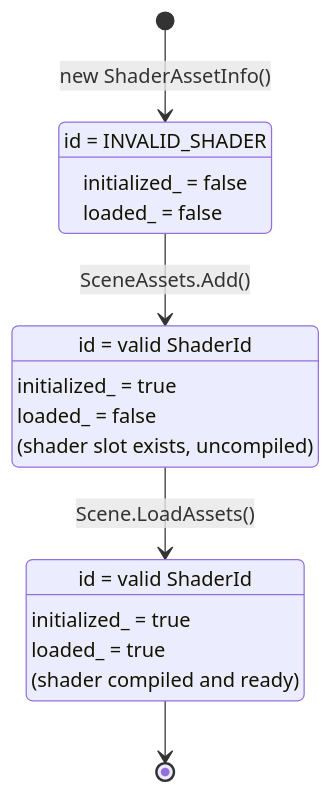
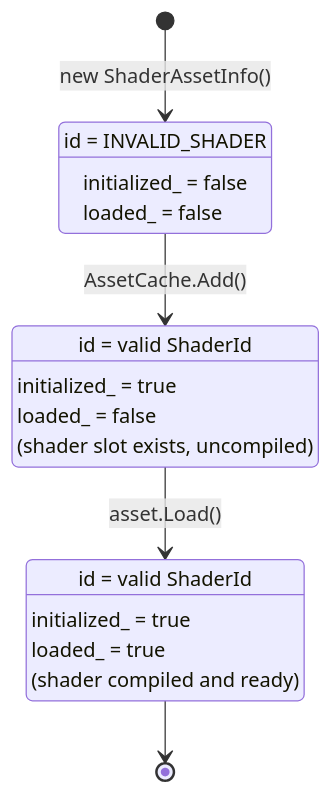
The first of 2 diagrams in docs/asset-system.md (adam4813/citrus-engine), drawn with Mermaid before and after one commit. The commit also changed other lines of this file and 3 other files, not shown here.

First line of the commit message:
chore: remove stale SceneAssets references from comments and docs

````diff
--- a/docs/asset-system.md
+++ b/docs/asset-system.md
@@ -23,21 +23,21 @@
 ```mermaid
 stateDiagram-v2
     [*] --> Created: new ShaderAssetInfo()
-    Created --> Initialized: SceneAssets.Add()
-    Initialized --> Loaded: Scene.LoadAssets()
+    Created --> Initialized: AssetCache.Add()
+    Initialized --> Loaded: asset.Load()
     Loaded --> [*]
 
     Created: id = INVALID_SHADER
     Created: initialized_ = false
     Created: loaded_ = false
 
     Initialized: id = valid ShaderId
     Initialized: initialized_ = true
     Initialized: loaded_ = false
     Initialized: (shader slot exists, uncompiled)
 
     Loaded: id = valid ShaderId
     Loaded: initialized_ = true
     Loaded: loaded_ = true
     Loaded: (shader compiled and ready)
 ```
````
